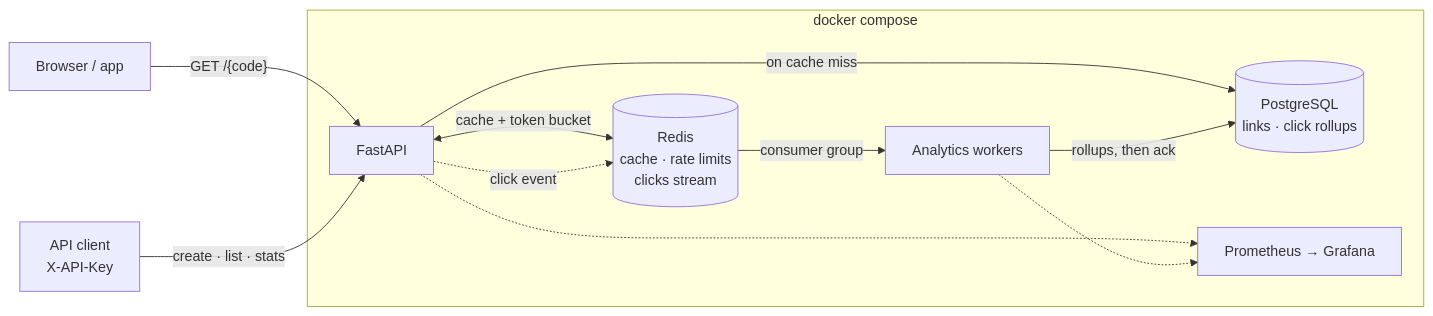
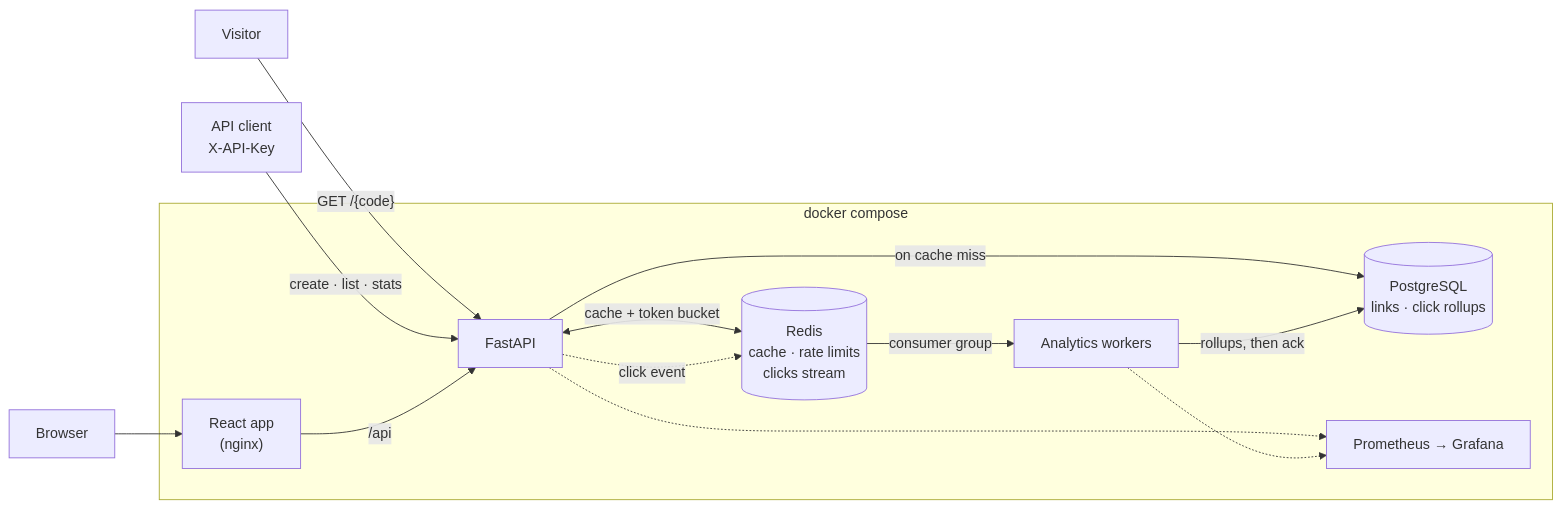
Before and after one commit to arnavjot/url-shortener: the diagram in README.md, drawn with Mermaid. The commit also changed other lines of this file and 7 other files, not shown here.

Commit message:
Add web app section and screenshots to README

````diff
--- a/README.md
+++ b/README.md
@@ -21,21 +26,23 @@
 ```mermaid
 flowchart LR
-    U["Browser / app"] -->|"GET /{code}"| API
+    U["Visitor"] -->|"GET /{code}"| API
     K["API client<br/>X-API-Key"] -->|"create · list · stats"| API
+    B["Browser"] --> WEB
 
     subgraph compose [docker compose]
+        WEB["React app<br/>(nginx)"] -->|"/api"| API
         API["FastAPI"]
         R[("Redis<br/>cache · rate limits<br/>clicks stream")]
         P[("PostgreSQL<br/>links · click rollups")]
         W["Analytics workers"]
         M["Prometheus → Grafana"]
     end
 
     API <-->|"cache + token bucket"| R
     API -->|"on cache miss"| P
     API -.->|"click event"| R
     R -->|"consumer group"| W
     W -->|"rollups, then ack"| P
     API -.-> M
     W -.-> M
 ```
````
